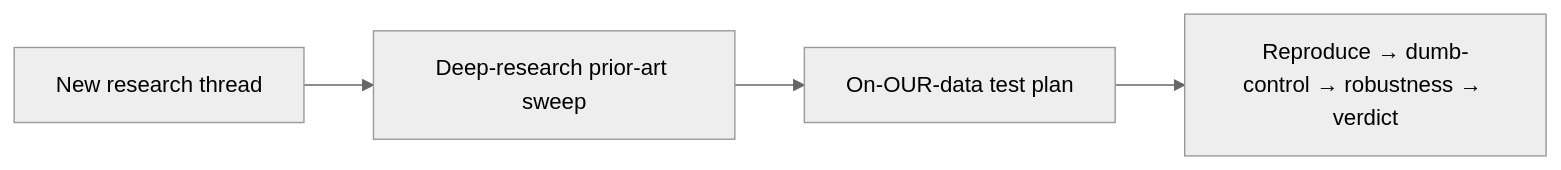
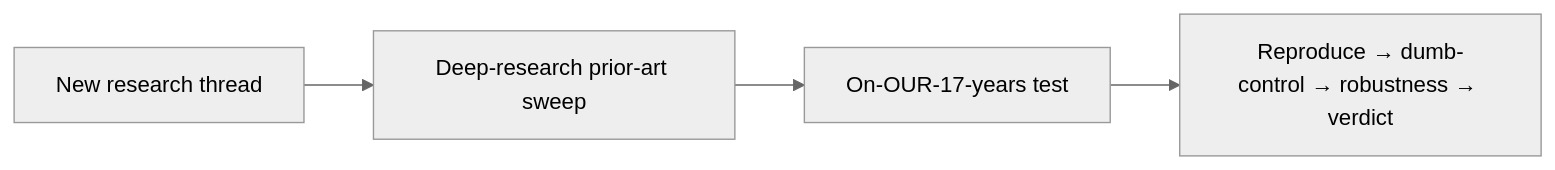
One commit to mulhamfetna/trading-strategy-finder changed the second of 4 diagrams in subprojects/Parametric-Indicators/DAILY_REPORTS_RESEARCH.md. Above: the diagram before and after it, drawn with Mermaid (neutral theme). The commit also changed other lines of this file, not shown here.

````diff
--- a/subprojects/Parametric-Indicators/DAILY_REPORTS_RESEARCH.md
+++ b/subprojects/Parametric-Indicators/DAILY_REPORTS_RESEARCH.md
@@ -148,6 +151,6 @@
 ```mermaid
 flowchart LR
     A["New research thread"] --> B["Deep-research prior-art sweep"]
-    B --> C["On-OUR-data test plan"]
+    B --> C["On-OUR-17-years test"]
     C --> D["Reproduce → dumb-control → robustness → verdict"]
 ```
````
